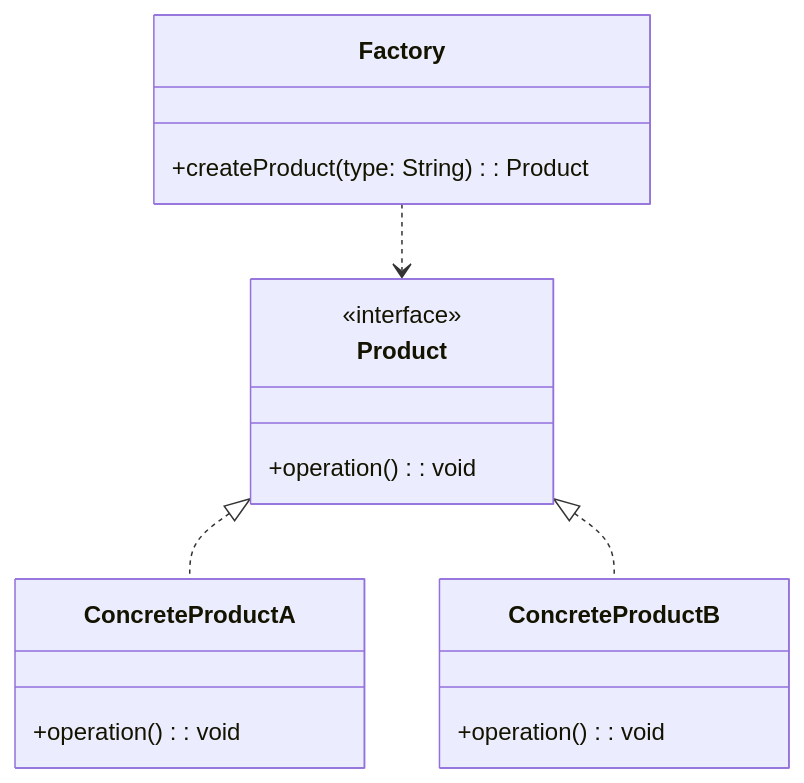
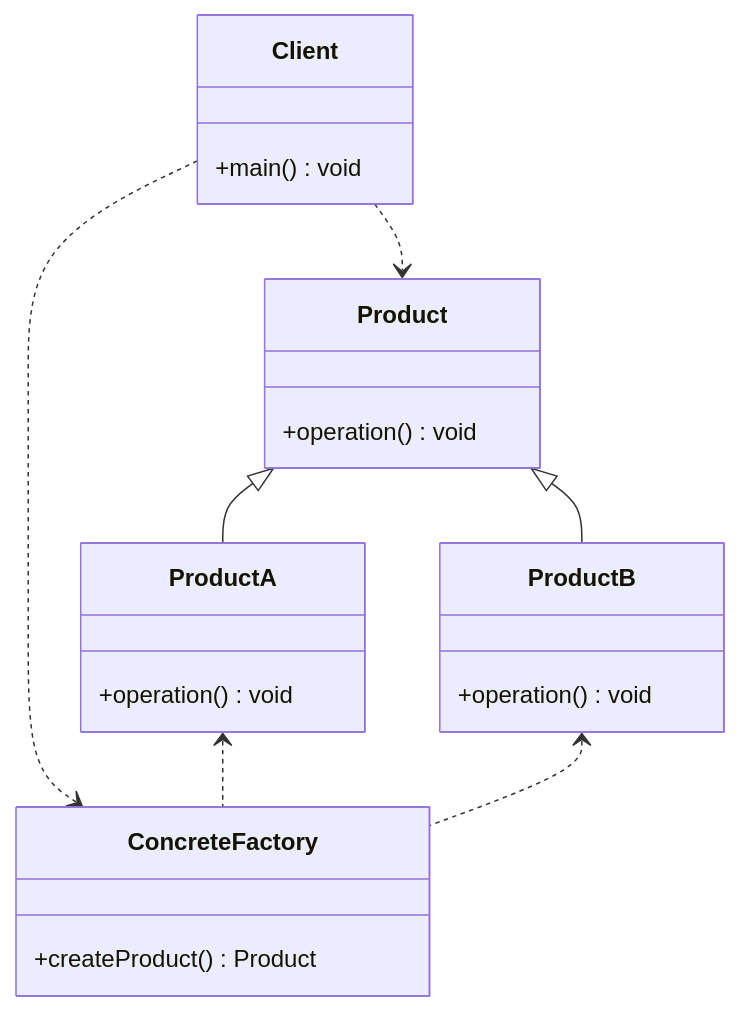
The second of 11 diagrams in 计算机科学/面向对象设计与Java编程/9 设计模式/9-1 设计模式概述.md (InfiniteAstral/notes), drawn with Mermaid before and after one commit. The commit also changed other lines of this file, not shown here.

Commit message:
feat: update mermaid class diagram 计算机科学/面向对象设计与Java编程/9 设计模式/9-1 设计模式概述.md

````diff
--- a/计算机科学/面向对象设计与Java编程/9 设计模式/9-1 设计模式概述.md
+++ b/计算机科学/面向对象设计与Java编程/9 设计模式/9-1 设计模式概述.md
@@ -50,20 +50,25 @@
 ```mermaid
 classDiagram
-    class Product {
-        <<interface>>
-        +operation(): void
-    }
-    class ConcreteProductA {
-        +operation(): void
-    }
-    class ConcreteProductB {
-        +operation(): void
-    }
-    class Factory {
-        +createProduct(type: String): Product
-    }
+  class Client {
+    +main() void
+  }
+  class ConcreteFactory {
+    +createProduct() Product
+  }
+  class Product {
+    +operation() void
+  }
+  class ProductA {
+    +operation() void
+  }
+  class ProductB {
+    +operation() void
+  }
 
-    Product <|.. ConcreteProductA
-    Product <|.. ConcreteProductB
-    Factory ..> Product
+  Client ..> ConcreteFactory
+  Client ..> Product
+  Product <|-- ProductA
+  Product <|-- ProductB
+  ProductA <.. ConcreteFactory
+  ProductB <.. ConcreteFactory
 ```
````
